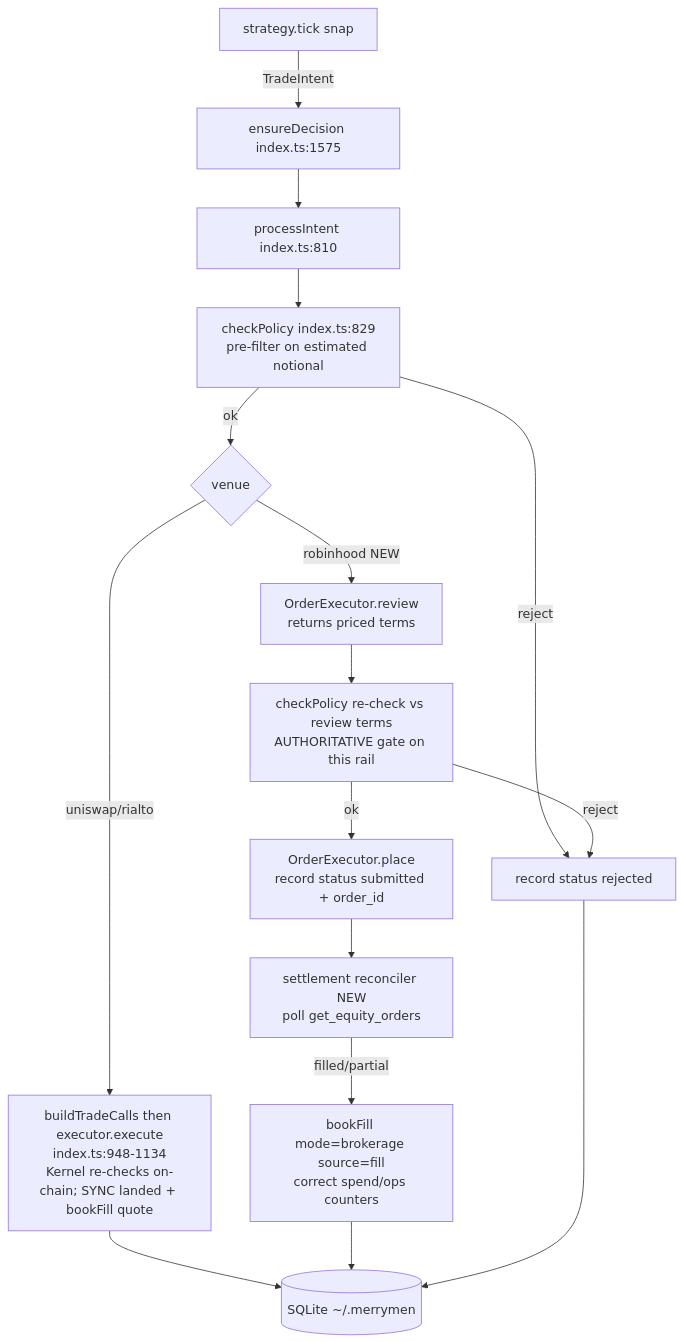
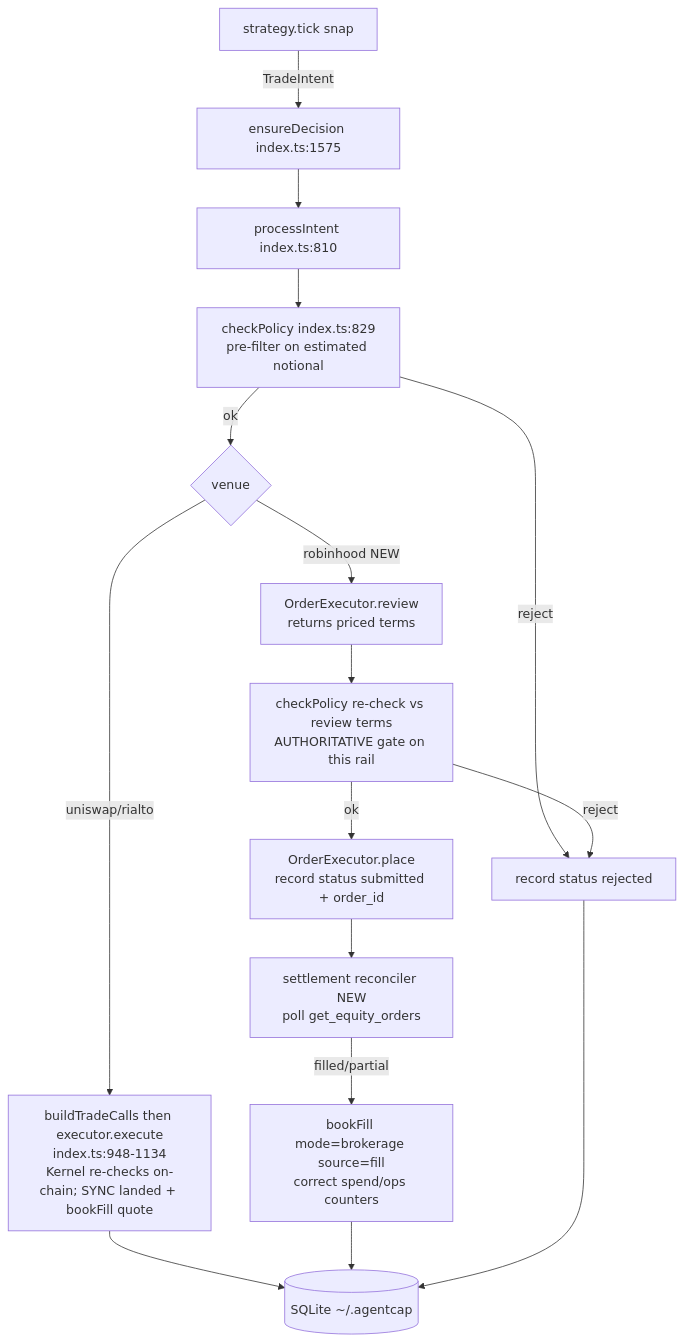
Before and after one commit to AgentCapOrg/agentcap: the diagram in spikes/robinhood-mcp/DESIGN.md, drawn with Mermaid. The commit also changed other lines of this file and 2354 other files, not shown here.

````diff
--- a/spikes/robinhood-mcp/DESIGN.md
+++ b/spikes/robinhood-mcp/DESIGN.md
@@ -75,18 +75,18 @@
 ```mermaid
 flowchart TD
     A[strategy.tick snap] -->|TradeIntent| B[ensureDecision index.ts:1575]
     B --> C[processIntent index.ts:810]
     C --> D[checkPolicy index.ts:829<br/>pre-filter on estimated notional]
     D -->|reject| R[record status rejected]
     D -->|ok| E{venue}
     E -->|uniswap/rialto| F[buildTradeCalls then executor.execute<br/>index.ts:948-1134<br/>Kernel re-checks on-chain; SYNC landed + bookFill quote]
     E -->|robinhood NEW| G1[OrderExecutor.review<br/>returns priced terms]
     G1 --> D2[checkPolicy re-check vs review terms<br/>AUTHORITATIVE gate on this rail]
     D2 -->|reject| R
     D2 -->|ok| G2[OrderExecutor.place<br/>record status submitted + order_id]
     G2 --> H[settlement reconciler NEW<br/>poll get_equity_orders]
     H -->|filled/partial| I[bookFill mode=brokerage source=fill<br/>correct spend/ops counters]
-    F --> J[(SQLite ~/.merrymen)]
+    F --> J[(SQLite ~/.agentcap)]
     I --> J
     R --> J
 ```
````
